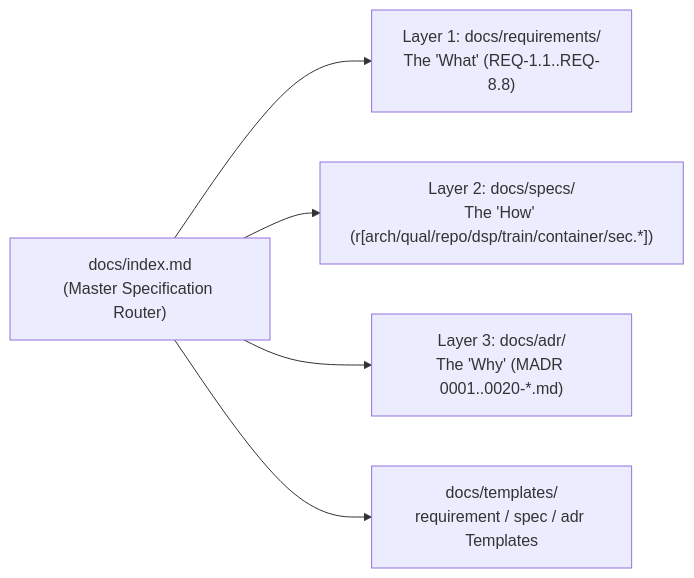
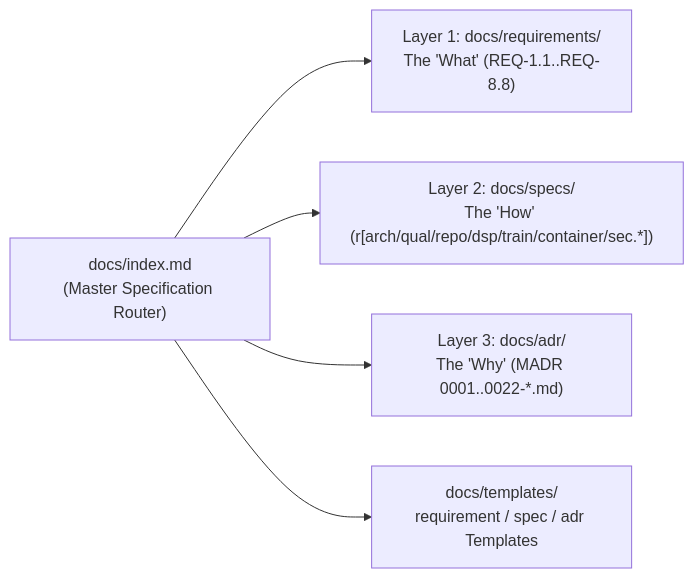
One commit to mokugen/dnam changed the diagram in docs/CONTRIBUTING.md. Above: the diagram before and after it, drawn with Mermaid. The commit also changed other lines of this file and 99 other files, not shown here.

Commit message:
docs(specs): cut over canonical architecture and v3.0 specs to SONA + WebGPU

````diff
--- a/docs/CONTRIBUTING.md
+++ b/docs/CONTRIBUTING.md
@@ -25,7 +25,7 @@
 ```mermaid
 flowchart LR
     Idx["docs/index.md<br/>(Master Specification Router)"] --> L1["Layer 1: docs/requirements/<br/>The 'What' (REQ-1.1..REQ-8.8)"]
     Idx --> L2["Layer 2: docs/specs/<br/>The 'How' (r[arch/qual/repo/dsp/train/container/sec.*])"]
-    Idx --> L3["Layer 3: docs/adr/<br/>The 'Why' (MADR 0001..0020-*.md)"]
+    Idx --> L3["Layer 3: docs/adr/<br/>The 'Why' (MADR 0001..0022-*.md)"]
     Idx --> Tmpl["docs/templates/<br/>requirement / spec / adr Templates"]
 ```
````
